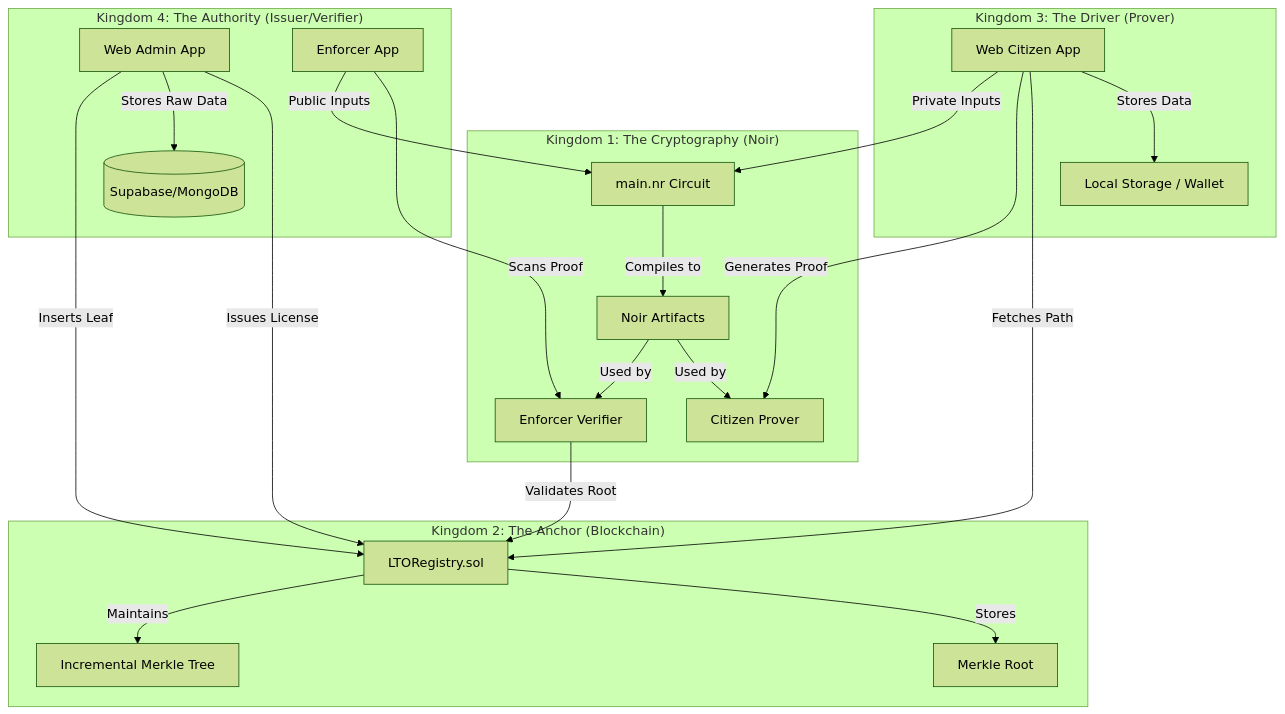
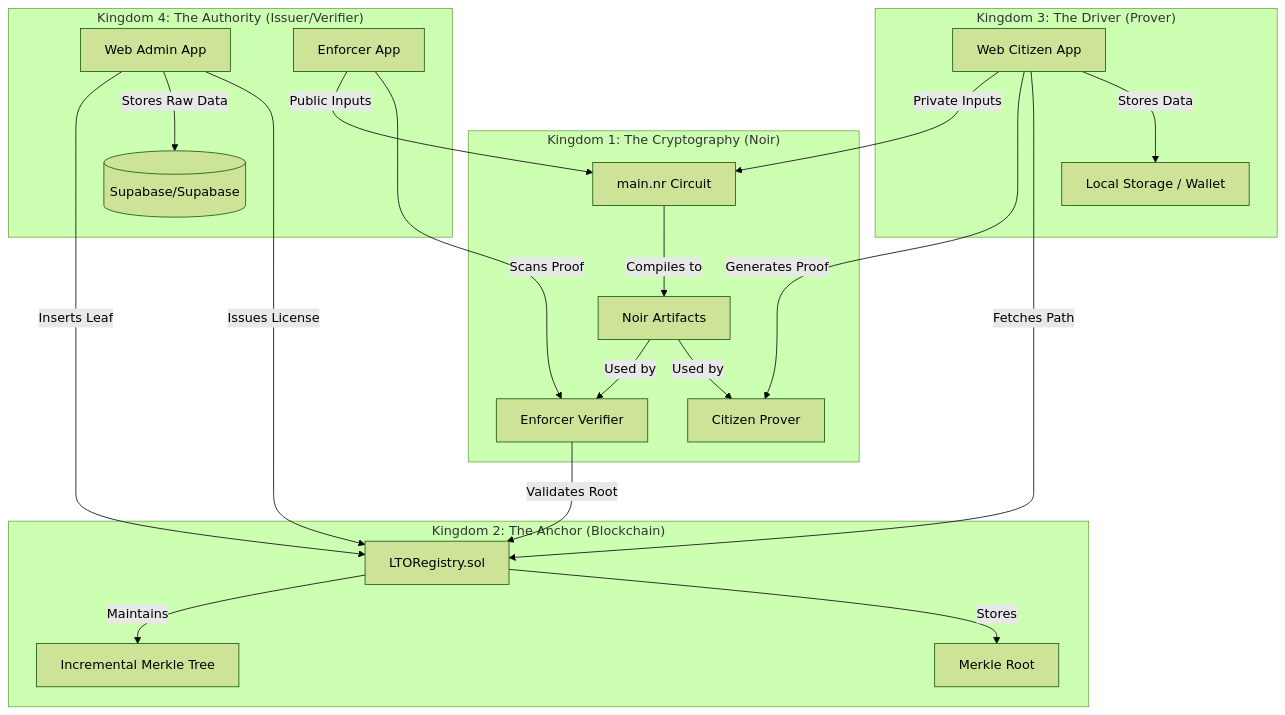
One commit to JRBarbacena/kakuho-wallet changed the diagram in Hybrid_Transparency_Project_Graph.md. Above: the diagram before and after it, drawn with Mermaid (forest theme). The commit also changed other lines of this file and 14 other files, not shown here.

````diff
--- a/Hybrid_Transparency_Project_Graph.md
+++ b/Hybrid_Transparency_Project_Graph.md
@@ -7,31 +7,31 @@
 ```mermaid
 graph TD
     subgraph "Kingdom 1: The Cryptography (Noir)"
         C[main.nr Circuit] --> |Compiles to| AR[Noir Artifacts]
         AR --> |Used by| CP[Citizen Prover]
         AR --> |Used by| EV[Enforcer Verifier]
     end
 
     subgraph "Kingdom 2: The Anchor (Blockchain)"
         SC[LTORegistry.sol] --> |Stores| MR[Merkle Root]
         SC --> |Maintains| IMT[Incremental Merkle Tree]
     end
 
     subgraph "Kingdom 3: The Driver (Prover)"
         CIT[Web Citizen App] --> |Stores Data| LS[Local Storage / Wallet]
         CIT --> |Fetches Path| SC
         CIT --> |Generates Proof| CP
     end
 
     subgraph "Kingdom 4: The Authority (Issuer/Verifier)"
         ADM[Web Admin App] --> |Issues License| SC
-        ADM --> |Stores Raw Data| DB[(Supabase/MongoDB)]
+        ADM --> |Stores Raw Data| DB[(Supabase/Supabase)]
         ENF[Enforcer App] --> |Scans Proof| EV
         EV --> |Validates Root| SC
     end
 
     %% Key Relationships
     CIT -- "Private Inputs" --> C
     ADM -- "Inserts Leaf" --> SC
     ENF -- "Public Inputs" --> C
 ```
````
